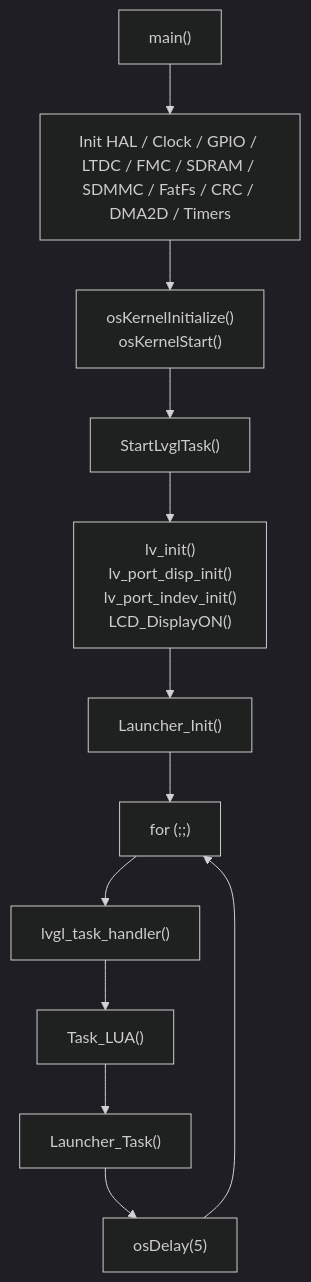
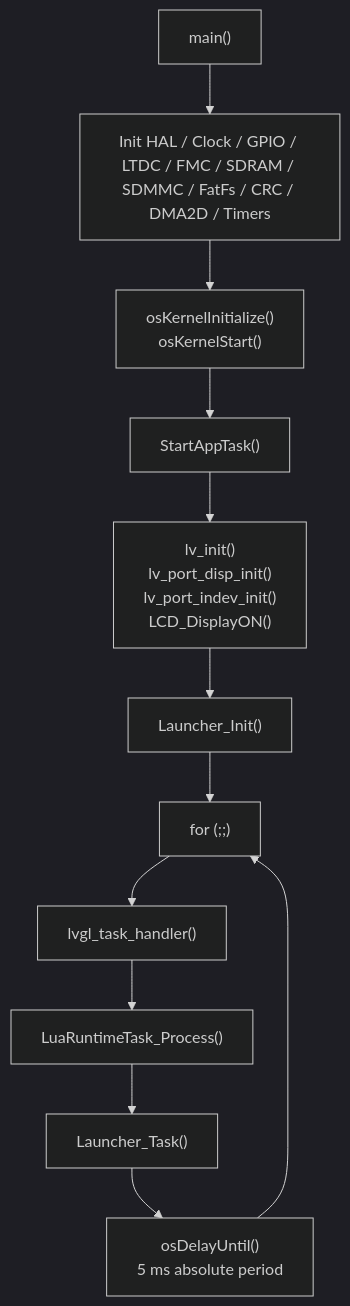
The fifth of 7 diagrams in Docs/architecture.md (ExMikuPro/cartdesk-os), drawn with Mermaid (dark theme) before and after one commit. The commit also changed other lines of this file and 29 other files, not shown here.

````diff
--- a/Docs/architecture.md
+++ b/Docs/architecture.md
@@ -440,17 +449,17 @@
 ```mermaid
 flowchart TD
     Boot["main()"]
     InitHW["Init HAL / Clock / GPIO / LTDC / FMC / SDRAM / SDMMC / FatFs / CRC / DMA2D / Timers"]
     Kernel["osKernelInitialize()\nosKernelStart()"]
-    Task["StartLvglTask()"]
+    Task["StartAppTask()"]
     LvInit["lv_init()\nlv_port_disp_init()\nlv_port_indev_init()\nLCD_DisplayON()"]
     LauncherInit["Launcher_Init()"]
     Loop["for (;;)"]
     Lvgl["lvgl_task_handler()"]
-    LuaGate["Task_LUA()"]
+    LuaGate["LuaRuntimeTask_Process()"]
     LauncherTask["Launcher_Task()"]
-    Delay["osDelay(5)"]
+    Delay["osDelayUntil()\n5 ms absolute period"]
 
     Boot --> InitHW --> Kernel --> Task --> LvInit --> LauncherInit --> Loop
     Loop --> Lvgl --> LuaGate --> LauncherTask --> Delay --> Loop
 ```
````
